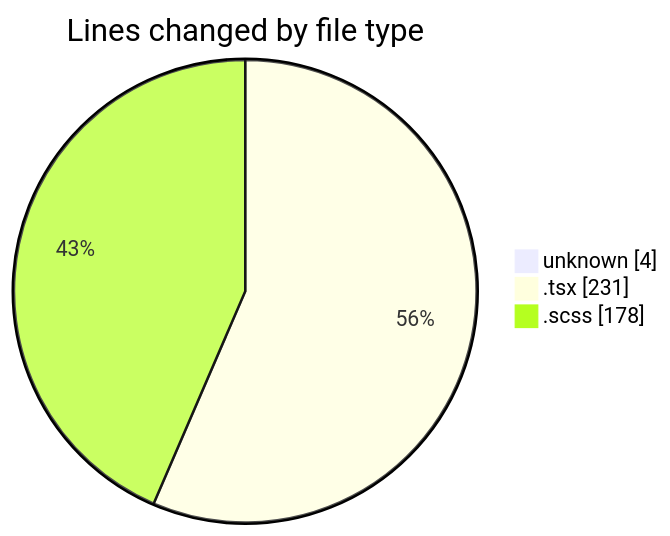
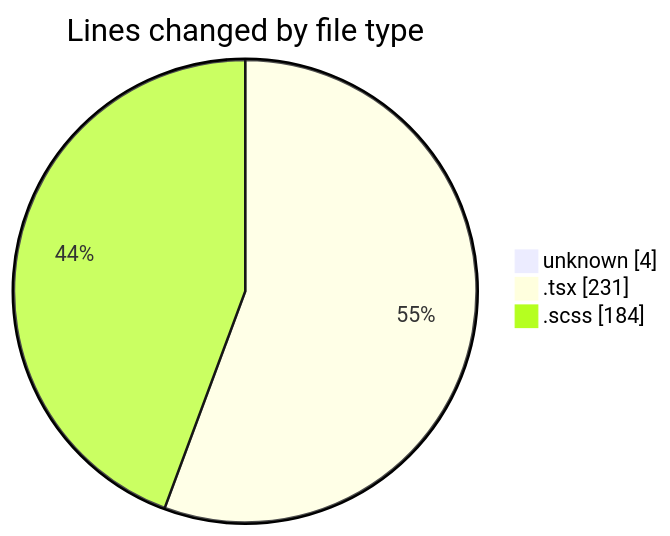
One commit to momahboobian/code-tracking changed the first of 2 diagrams in 2025-02-14/cda/README.md. Above: the diagram before and after it, drawn with Mermaid. The commit also changed other lines of this file and 1 other file, not shown here.

````diff
--- a/2025-02-14/cda/README.md
+++ b/2025-02-14/cda/README.md
@@ -22,7 +22,7 @@
 ```mermaid
 pie showData
 title Lines changed by file type
 "unknown" : 4
 ".tsx" : 231
-".scss" : 178
+".scss" : 184
 ```
````
